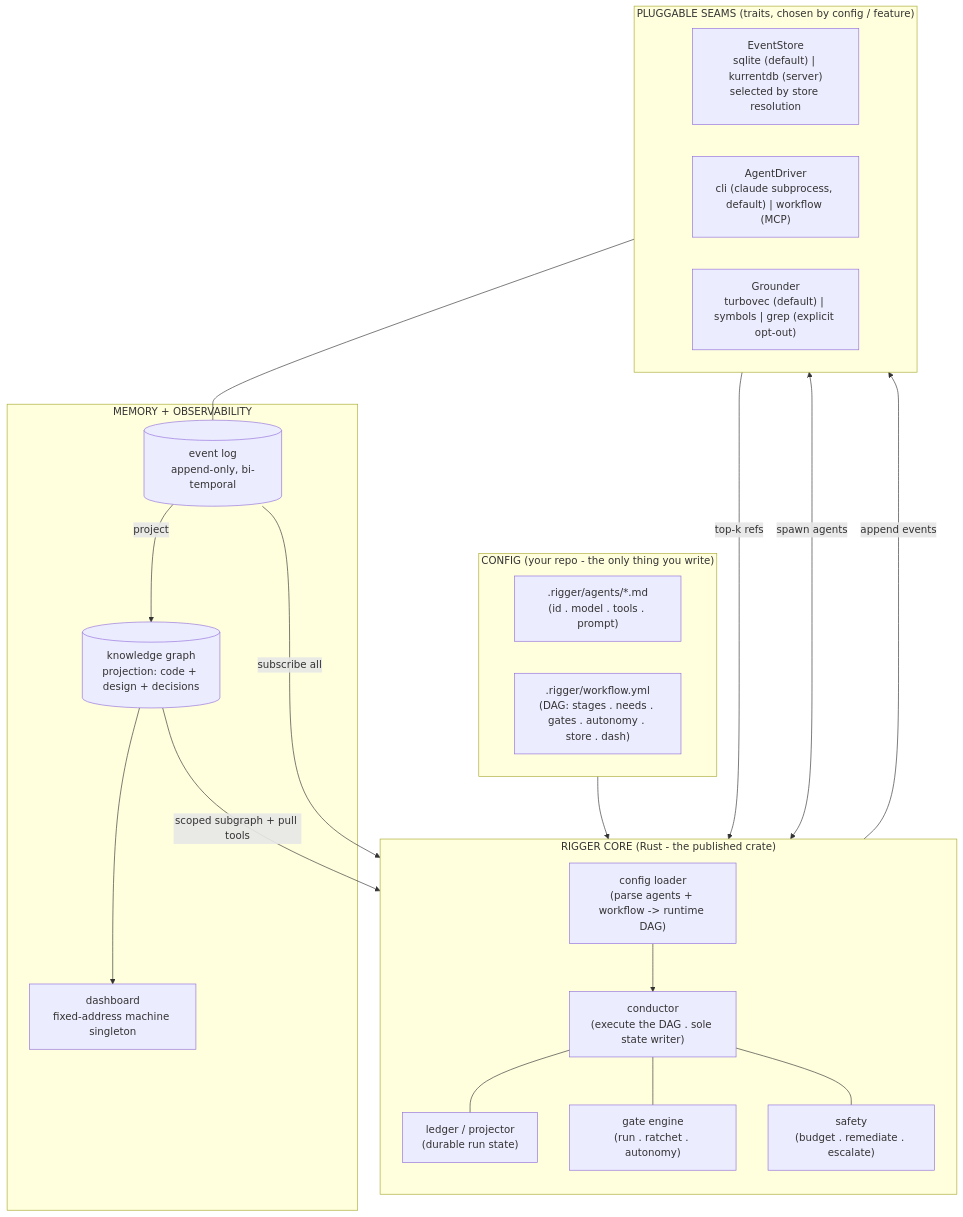
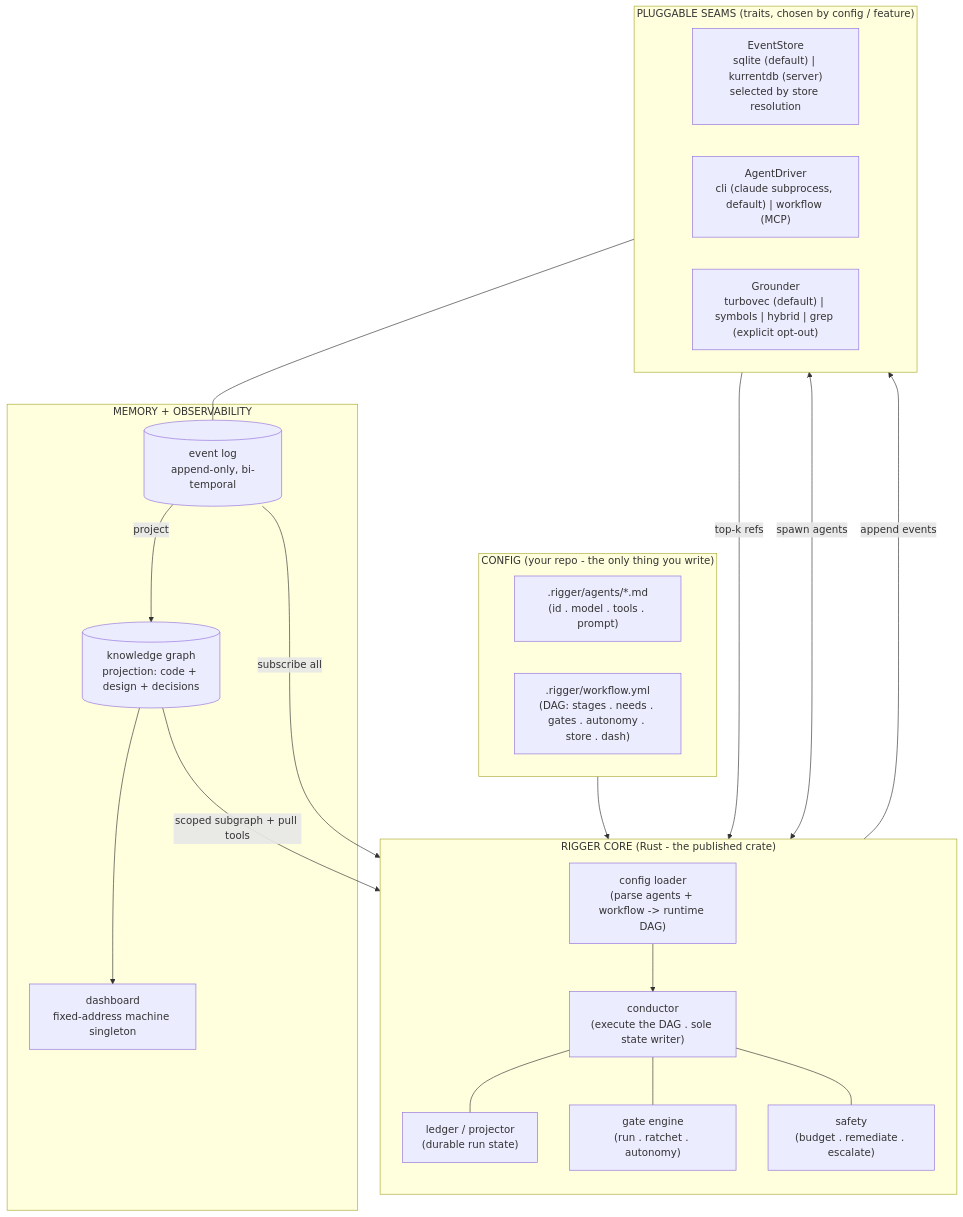
Before and after one commit to virtual-velocitation/rigger: the first of 3 diagrams in docs/architecture.md, drawn with Mermaid. The commit also changed other lines of this file and 1 other file, not shown here.

First line of the commit message:
docs(56): fix §11 grep-as-default grounder inversion + pin turbovec-default

````diff
--- a/docs/architecture.md
+++ b/docs/architecture.md
@@ -118,41 +118,41 @@
 ```mermaid
 flowchart TB
   subgraph CFG["CONFIG (your repo - the only thing you write)"]
     AG[".rigger/agents/*.md<br/>(id . model . tools . prompt)"]
     WF[".rigger/workflow.yml<br/>(DAG: stages . needs . gates . autonomy . store . dash)"]
   end
 
   subgraph CORE["RIGGER CORE (Rust - the published crate)"]
     direction TB
     LOADER["config loader<br/>(parse agents + workflow -> runtime DAG)"]
     COND["conductor<br/>(execute the DAG . sole state writer)"]
     LEDGER["ledger / projector<br/>(durable run state)"]
     GATES["gate engine<br/>(run . ratchet . autonomy)"]
     SAFE["safety<br/>(budget . remediate . escalate)"]
     LOADER --> COND
     COND --- LEDGER & GATES & SAFE
   end
 
   subgraph SEAMS["PLUGGABLE SEAMS (traits, chosen by config / feature)"]
     direction LR
     ES["EventStore<br/>sqlite (default) | kurrentdb (server)<br/>selected by store resolution"]
     DR["AgentDriver<br/>cli (claude subprocess, default) | workflow (MCP)"]
-    GR["Grounder<br/>turbovec (default) | symbols | grep (explicit opt-out)"]
+    GR["Grounder<br/>turbovec (default) | symbols | hybrid | grep (explicit opt-out)"]
   end
 
   subgraph MEM["MEMORY + OBSERVABILITY"]
     LOG[("event log<br/>append-only, bi-temporal")]
     CG[("knowledge graph<br/>projection: code + design + decisions")]
     DASH["dashboard<br/>fixed-address machine singleton"]
     LOG -->|project| CG
     CG --> DASH
   end
 
   CFG --> LOADER
   COND <-->|spawn agents| DR
   COND -->|append events| ES
   ES --- LOG
   LOG -->|subscribe all| COND
   CG -->|scoped subgraph + pull tools| COND
   GR -->|top-k refs| COND
 ```
````
